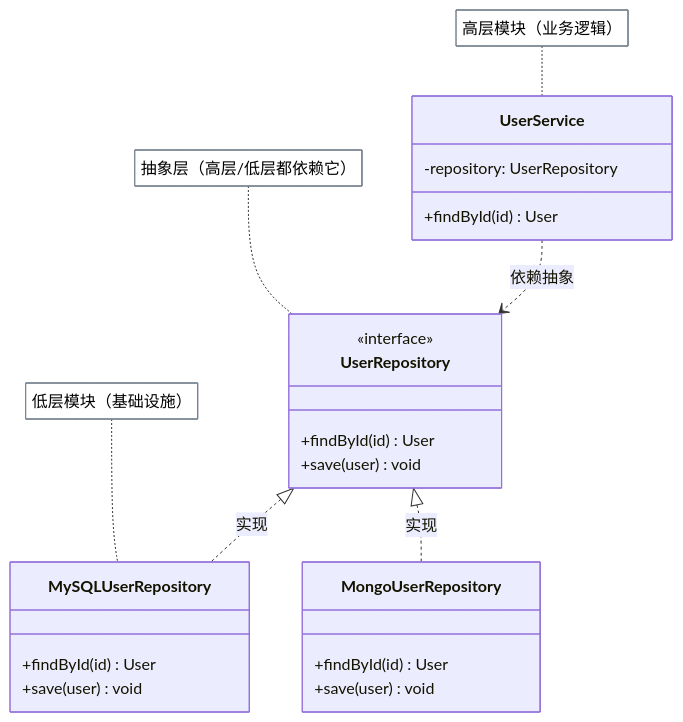
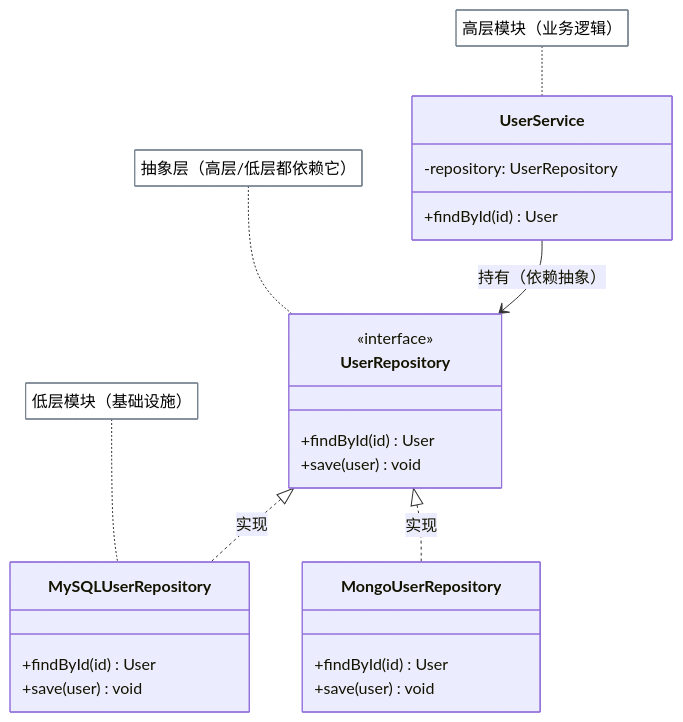
The seventh of 7 diagrams in docs/topic/design-patterns/design-principles/index.md (luguosong/programming-notes), drawn with Mermaid before and after one commit. The commit also changed other lines of this file and 1 other file, not shown here.

First line of the commit message:
fix: 修正 classDiagram 箭头语义错误

````diff
--- a/docs/topic/design-patterns/design-principles/index.md
+++ b/docs/topic/design-patterns/design-principles/index.md
@@ -617,28 +617,28 @@
 ```mermaid
 %%{init: {'themeVariables': {'noteBkgColor': 'transparent', 'noteBorderColor': '#768390'}}}%%
 classDiagram
     classDef default fill:transparent,stroke:#768390
     class UserRepository {
         <<interface>>
         +findById(id) User
         +save(user) void
     }
     class UserService {
         -repository: UserRepository
         +findById(id) User
     }
     class MySQLUserRepository {
         +findById(id) User
         +save(user) void
     }
     class MongoUserRepository {
         +findById(id) User
         +save(user) void
     }
     UserRepository <|.. MySQLUserRepository : 实现
     UserRepository <|.. MongoUserRepository : 实现
-    UserService ..> UserRepository : 依赖抽象
+    UserService --> UserRepository : 持有（依赖抽象）
     note for UserRepository "抽象层（高层/低层都依赖它）"
     note for UserService "高层模块（业务逻辑）"
     note for MySQLUserRepository "低层模块（基础设施）"
 ```
````
